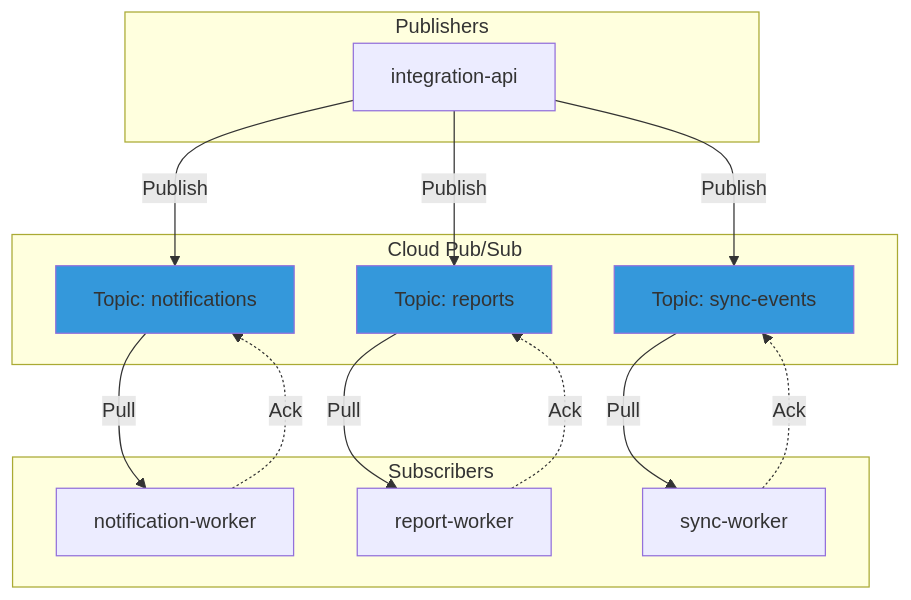
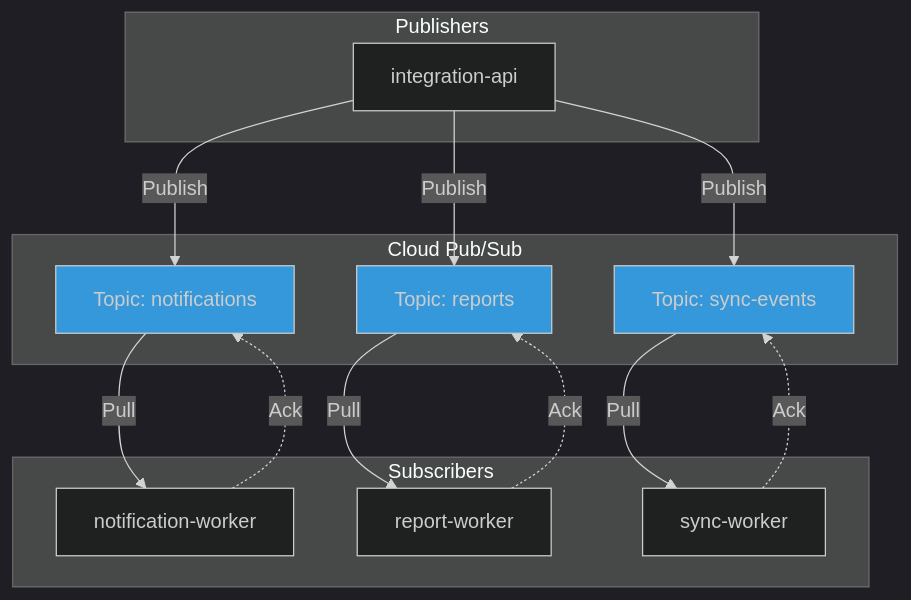
Before and after one commit to developer-implementos/integration-presentations: the second of 4 diagrams in presentations/deep-dives/infrastructure-gcp.md, drawn with Mermaid. The commit also changed other lines of this file, not shown here.

First line of the commit message:
style(infrastructure-gcp): mejorar presentación de arquitecturas con mermaid

````diff
--- a/presentations/deep-dives/infrastructure-gcp.md
+++ b/presentations/deep-dives/infrastructure-gcp.md
@@ -439,34 +440,35 @@
-<div class="mermaid">
+```mermaid
+%%{init: {'theme': 'dark'}}%%
 graph TB
     subgraph "Publishers"
         A[integration-api]
     end
 
     subgraph "Cloud Pub/Sub"
         T1[Topic: notifications]
         T2[Topic: reports]
         T3[Topic: sync-events]
     end
 
     subgraph "Subscribers"
         S1[notification-worker]
         S2[report-worker]
         S3[sync-worker]
     end
 
     A -->|Publish| T1
     A -->|Publish| T2
     A -->|Publish| T3
 
     T1 -->|Pull| S1
     T2 -->|Pull| S2
     T3 -->|Pull| S3
 
     S1 -.->|Ack| T1
     S2 -.->|Ack| T2
     S3 -.->|Ack| T3
 
     style T1 fill:#3498db
     style T2 fill:#3498db
     style T3 fill:#3498db
-</div>
+```
````
